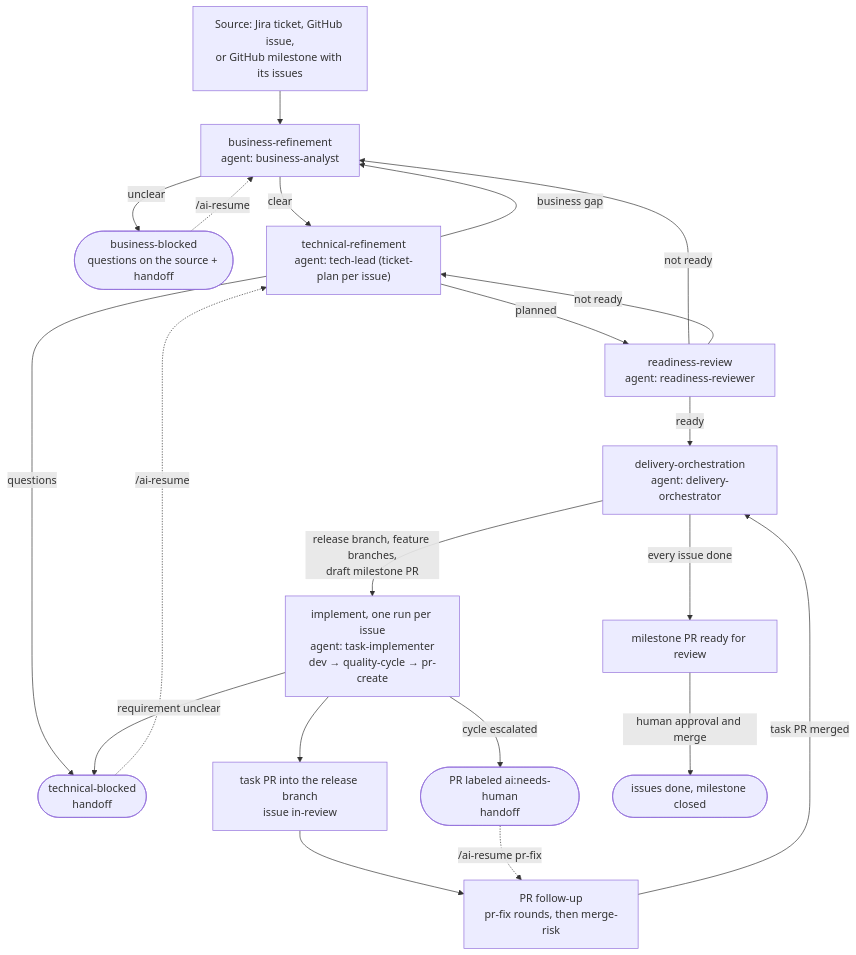
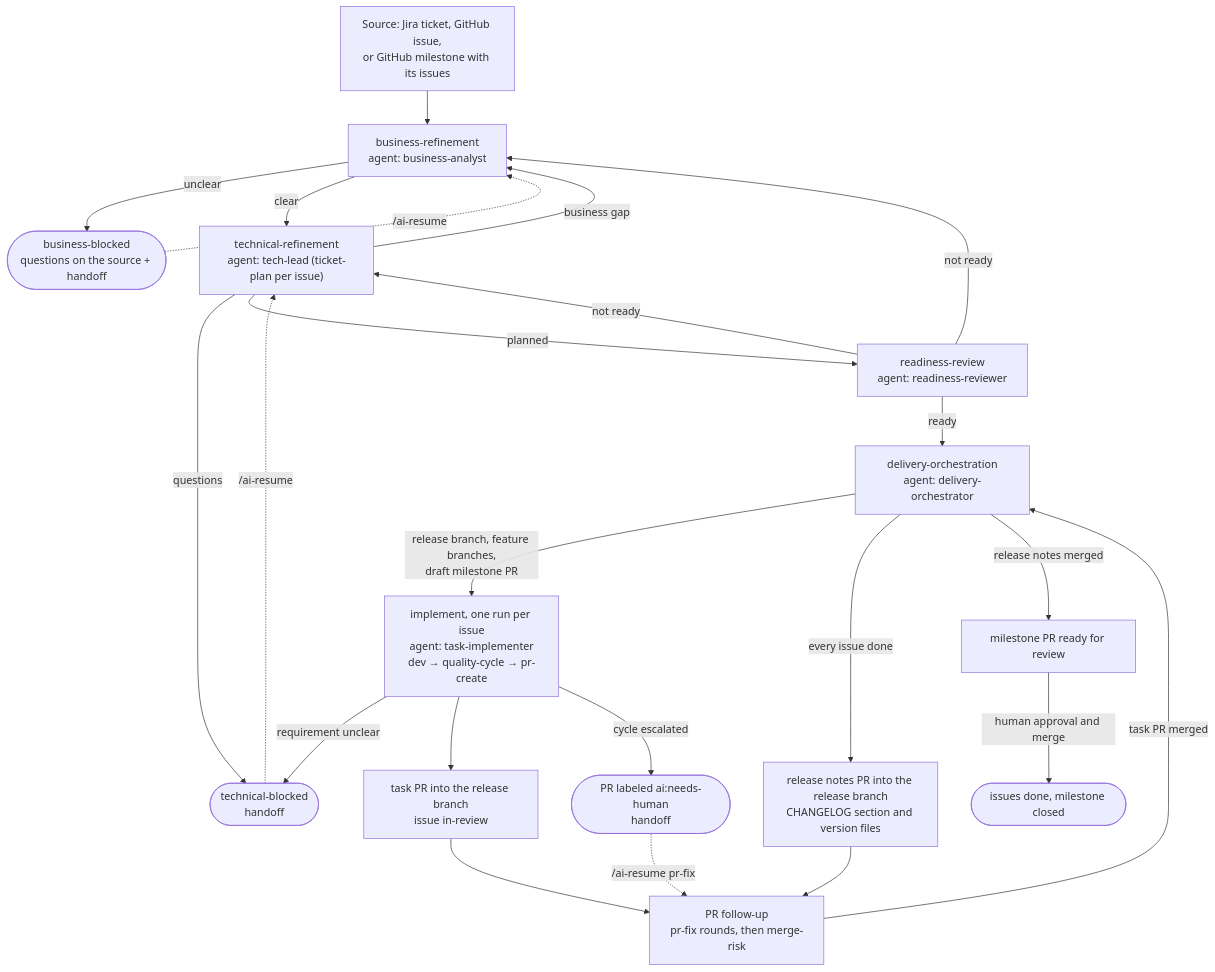
The first of 6 diagrams in docs/delivery-flow.md (fbrissi/ai-skills), drawn with Mermaid before and after one commit. The commit also changed other lines of this file and 21 other files, not shown here.

Commit message:
feat: add milestone release notes step

````diff
--- a/docs/delivery-flow.md
+++ b/docs/delivery-flow.md
@@ -5,23 +5,25 @@
 ```mermaid
 flowchart TD
   SRC["Source: Jira ticket, GitHub issue,<br/>or GitHub milestone with its issues"] --> BR["business-refinement<br/>agent: business-analyst"]
   BR -->|unclear| BB(["business-blocked<br/>questions on the source + handoff"])
   BR -->|clear| TR["technical-refinement<br/>agent: tech-lead (ticket-plan per issue)"]
   TR -->|questions| TB(["technical-blocked<br/>handoff"])
   TR -->|business gap| BR
   TR -->|planned| RR["readiness-review<br/>agent: readiness-reviewer"]
   RR -->|not ready| BR
   RR -->|not ready| TR
   RR -->|ready| OR["delivery-orchestration<br/>agent: delivery-orchestrator"]
   OR -->|"release branch, feature branches,<br/>draft milestone PR"| IM["implement, one run per issue<br/>agent: task-implementer<br/>dev → quality-cycle → pr-create"]
   IM -->|requirement unclear| TB
   IM --> PR["task PR into the release branch<br/>issue in-review"]
   IM -->|cycle escalated| NH(["PR labeled ai:needs-human<br/>handoff"])
   PR --> FU["PR follow-up<br/>pr-fix rounds, then merge-risk"]
   FU -->|task PR merged| OR
-  OR -->|every issue done| MP["milestone PR ready for review"]
+  OR -->|every issue done| RN["release notes PR into the release branch<br/>CHANGELOG section and version files"]
+  RN --> FU
+  OR -->|release notes merged| MP["milestone PR ready for review"]
   MP -->|human approval and merge| DONE(["issues done, milestone closed"])
   BB -.->|"/ai-resume"| BR
   TB -.->|"/ai-resume"| TR
   NH -.->|"/ai-resume pr-fix"| FU
 ```
````
